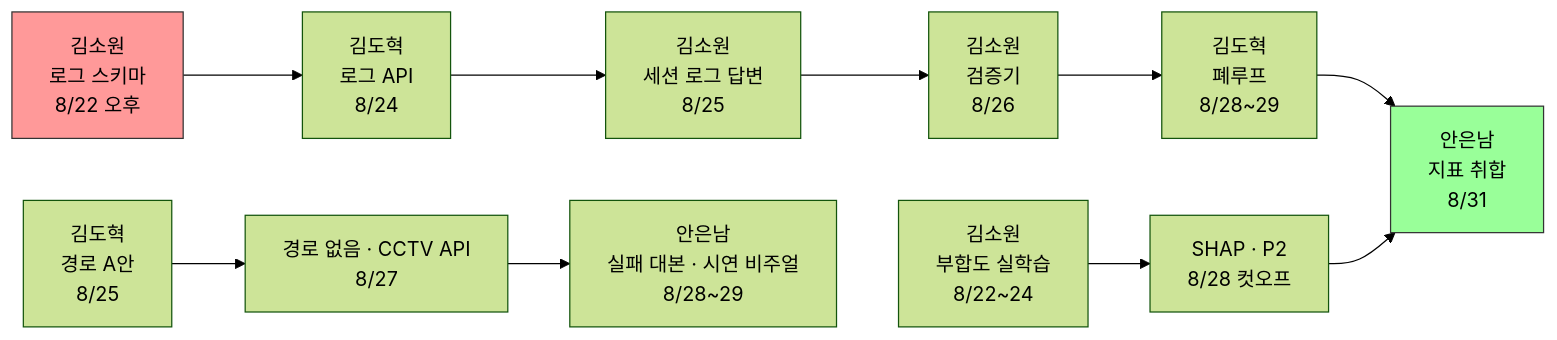
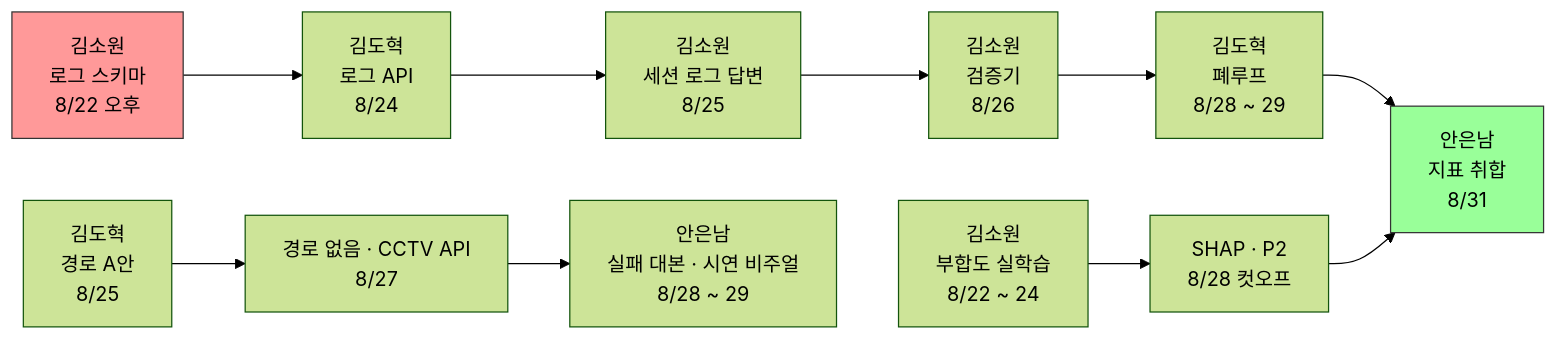
Before and after one commit to team-savers/savers-project: the diagram in docs/역할_일정/00-overall.md, drawn with Mermaid (forest theme). The commit also changed other lines of this file and 27 other files, not shown here.

````diff
--- a/docs/역할_일정/00-overall.md
+++ b/docs/역할_일정/00-overall.md
@@ -159,17 +162,17 @@
 ```mermaid
 flowchart LR
     S["김소원<br/>로그 스키마<br/>8/22 오후"] --> A1["김도혁<br/>로그 API<br/>8/24"]
     A1 --> A2["김소원<br/>세션 로그 답변<br/>8/25"]
     A2 --> A3["김소원<br/>검증기<br/>8/26"]
-    A3 --> A4["김도혁<br/>폐루프<br/>8/28~29"]
+    A3 --> A4["김도혁<br/>폐루프<br/>8/28 ~ 29"]
     A4 --> A5["안은남<br/>지표 취합<br/>8/31"]
 
-    B1["김소원<br/>부합도 실학습<br/>8/22~24"] --> B2["SHAP · P2<br/>8/28 컷오프"]
+    B1["김소원<br/>부합도 실학습<br/>8/22 ~ 24"] --> B2["SHAP · P2<br/>8/28 컷오프"]
     B2 --> A5
 
     C1["김도혁<br/>경로 A안<br/>8/25"] --> C3["경로 없음 · CCTV API<br/>8/27"]
-    C3 --> C4["안은남<br/>실패 대본 · 시연 비주얼<br/>8/28~29"]
+    C3 --> C4["안은남<br/>실패 대본 · 시연 비주얼<br/>8/28 ~ 29"]
 
     style S fill:#f99,stroke:#333
     style A5 fill:#9f9,stroke:#333
 ```
````
